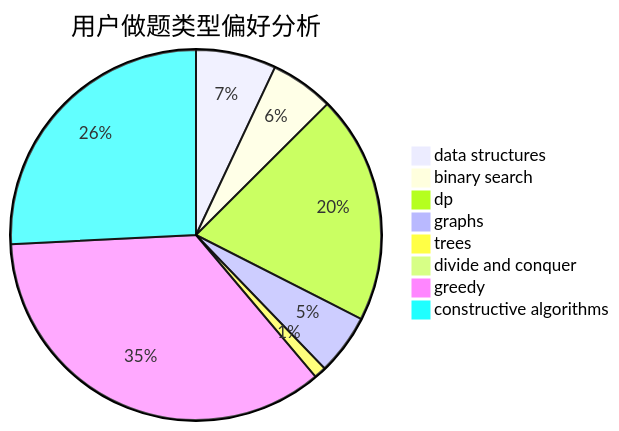
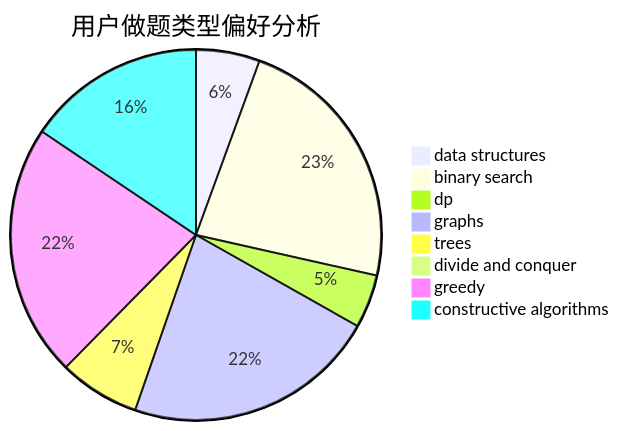
The second of 3 diagrams in docs/user/u203.md (sherpahu/cfrs.github.io), drawn with Mermaid before and after one commit. The commit also changed other lines of this file and 2770 other files, not shown here.

````diff
--- a/docs/user/u203.md
+++ b/docs/user/u203.md
@@ -23,11 +23,11 @@
 ```mermaid
 pie title 用户做题类型偏好分析
-    "data structures" :  66
-    "binary search" :  52
-    "dp" :  188
-    "graphs" :  50
-    "trees" :  10
-    "divide and conquer" :  1
-    "greedy" :  333
-    "constructive algorithms" :  243
+    "data structures" :  105
+    "binary search" :  433
+    "dp" :  88
+    "graphs" :  418
+    "trees" :  133
+    "divide and conquer" :  0
+    "greedy" :  416
+    "constructive algorithms" :  294
 ```
````
